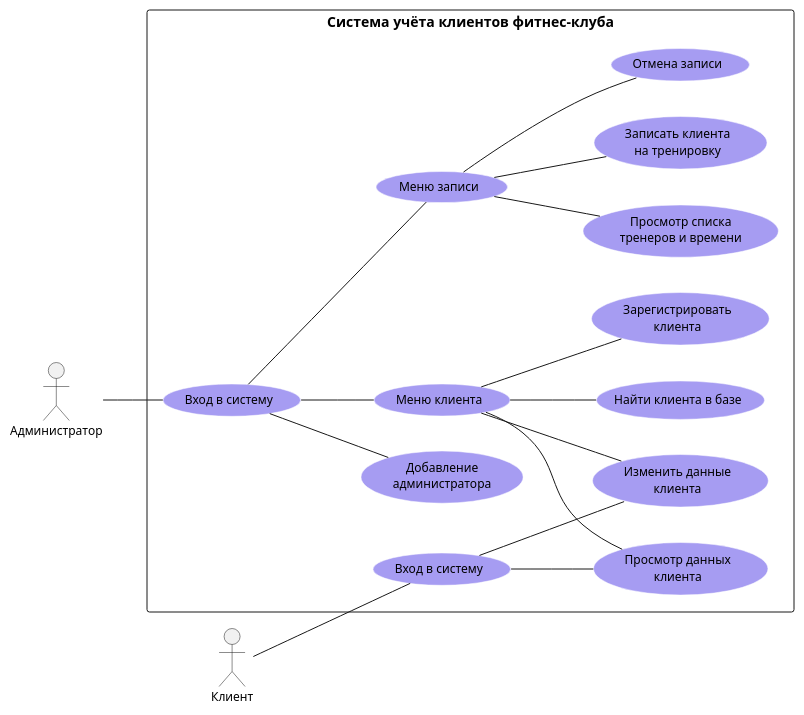
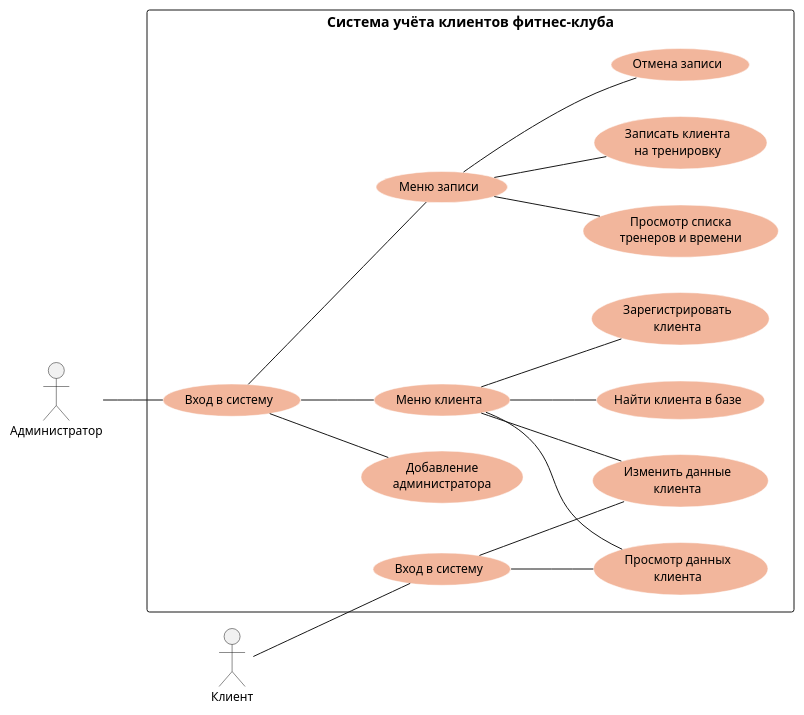
Before and after one commit to muhinegor323-dev/FitnesClub: the diagram in docs/myusecase.puml, drawn with PlantUML.

Commit message:
four commits

```diff
--- a/docs/myusecase.puml
+++ b/docs/myusecase.puml
@@ -1,124 +1,121 @@
 @startuml fitnesclub_usecase
 
 left to right direction
 
 skinparam packageStyle rectangle
 skinparam shadowing false
 skinparam usecase {
-    BackgroundColor #A69CF2
+    BackgroundColor #f2b69c
     BorderColor #FFFFFF
     FontSize 12
 }
 skinparam actor {
     FontSize 12
 }
 
 actor "Администратор" as Admin
 actor "Клиент" as Client
 
 rectangle "Система учёта клиентов фитнес-клуба" {
 
     ' ==========================================
 
     ' АДМИНИСТРАТОР
 
     ' ==========================================
 
     usecase "Вход в систему" as AdminLogin
 
     usecase "Меню записи" as BookingMenu
 
     usecase "Просмотр списка\nтренеров и времени" as ViewTrainers
 
     usecase "Записать клиента\nна тренировку" as BookTraining
 
     usecase "Отмена записи" as CancelBooking
 
     usecase "Добавление\nадминистратора" as AddAdmin
 
     ' ==========================================
 
     ' МЕНЮ КЛИЕНТА
 
     ' ==========================================
 
     usecase "Меню клиента" as ClientMenu
 
     usecase "Найти клиента в базе" as FindClient
 
     usecase "Зарегистрировать\nклиента" as RegisterClient
 
     usecase "Просмотр данных\nклиента" as ViewClient
 
     usecase "Изменить данные\nклиента" as EditClient
 
     ' ==========================================
 
     ' КЛИЕНТ
 
     ' ==========================================
 
     usecase "Вход в систему" as ClientLogin
 
     ' ==========================================
 
     ' СВЯЗИ АДМИНИСТРАТОРА
 
     ' ==========================================
 
     Admin -- AdminLogin
 
     AdminLogin -- BookingMenu
 
     AdminLogin -- AddAdmin
 
     AdminLogin -- ClientMenu
 
     ' ==========================================
 
     ' МЕНЮ ЗАПИСИ
 
     ' ==========================================
 
     BookingMenu -- ViewTrainers
 
     BookingMenu -- BookTraining
 
     BookingMenu -- CancelBooking
 
     ' ==========================================
 
     ' МЕНЮ КЛИЕНТА
 
     ' ==========================================
 
     ClientMenu -- FindClient
 
     ClientMenu -- RegisterClient
 
     ClientMenu -- ViewClient
 
     ClientMenu -- EditClient
 
     ' ==========================================
 
     ' СВЯЗИ КЛИЕНТА
 
     ' ==========================================
 
     Client -- ClientLogin
 
     ClientLogin -- ViewClient
 
     ClientLogin -- EditClient
 
-   
 
-    
-    
 
-    
+
 
 }
 
 @enduml
```
